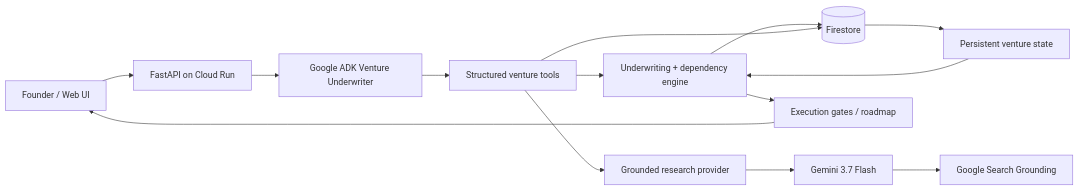
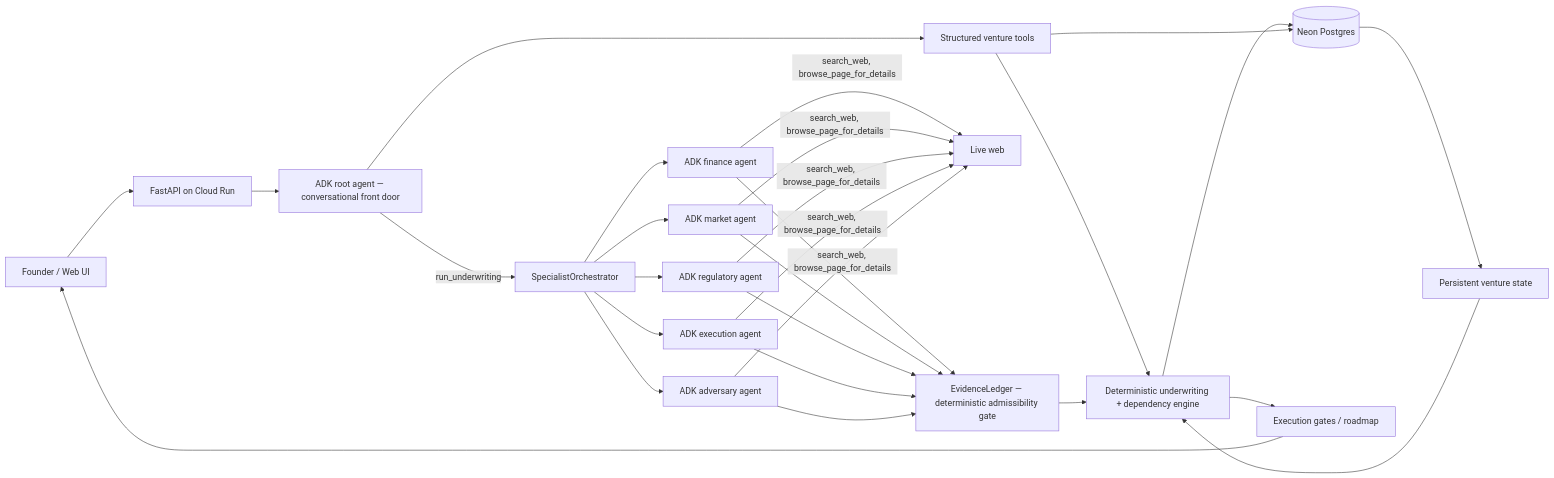
The diagram in README.md (RunZER0/cogen), drawn with Mermaid before and after one commit. The commit also changed other lines of this file and 50 other files, not shown here.

````diff
--- a/README.md
+++ b/README.md
@@ -45,16 +57,22 @@
 ```mermaid
 flowchart LR
     U[Founder / Web UI] --> API[FastAPI on Cloud Run]
-    API --> ADK[Google ADK Venture Underwriter]
-    ADK --> TOOLS[Structured venture tools]
-    TOOLS --> ENG[Underwriting + dependency engine]
-    TOOLS --> RESEARCH[Grounded research provider]
-    RESEARCH --> GEMINI[Gemini 3.7 Flash]
-    GEMINI --> SEARCH[Google Search Grounding]
-    ENG --> DB[(Firestore)]
+    API --> ROOT[ADK root agent — conversational front door]
+    ROOT --> TOOLS[Structured venture tools]
+    TOOLS --> ENG[Deterministic underwriting + dependency engine]
+    ROOT -->|run_underwriting| ORCH[SpecialistOrchestrator]
+    ORCH --> FIN[ADK finance agent]
+    ORCH --> MKT[ADK market agent]
+    ORCH --> REG[ADK regulatory agent]
+    ORCH --> EXE[ADK execution agent]
+    ORCH --> ADV[ADK adversary agent]
+    FIN & MKT & REG & EXE & ADV -->|search_web, browse_page_for_details| WEB[Live web]
+    FIN & MKT & REG & EXE & ADV --> LEDGER[EvidenceLedger — deterministic admissibility gate]
+    LEDGER --> ENG
+    ENG --> DB[(Neon Postgres)]
     TOOLS --> DB
     DB --> WATCH[Persistent venture state]
     WATCH --> ENG
     ENG --> GATES[Execution gates / roadmap]
     GATES --> U
 ```
````
